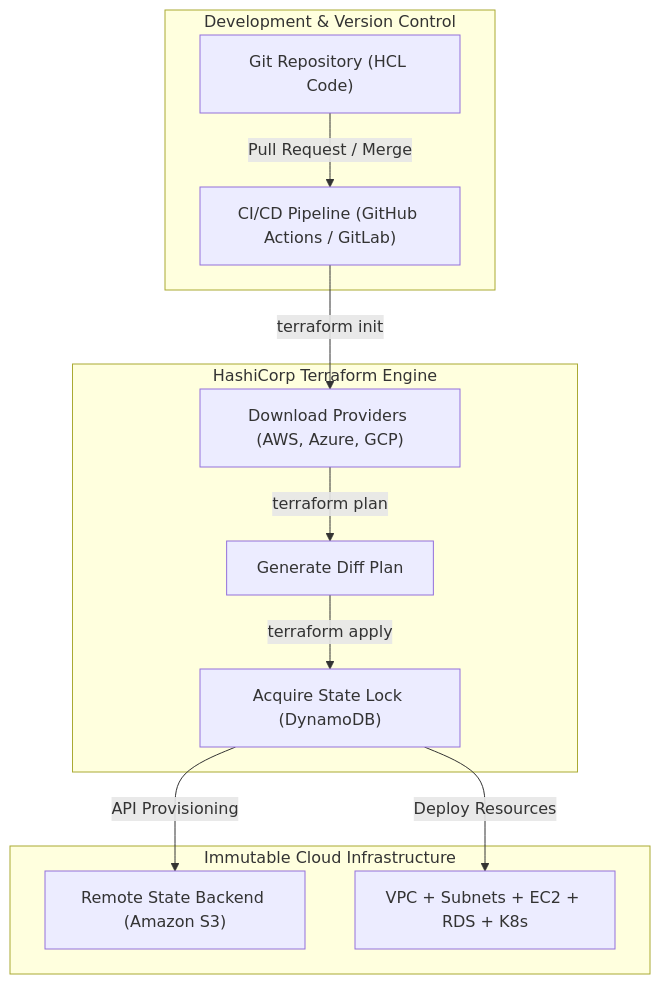
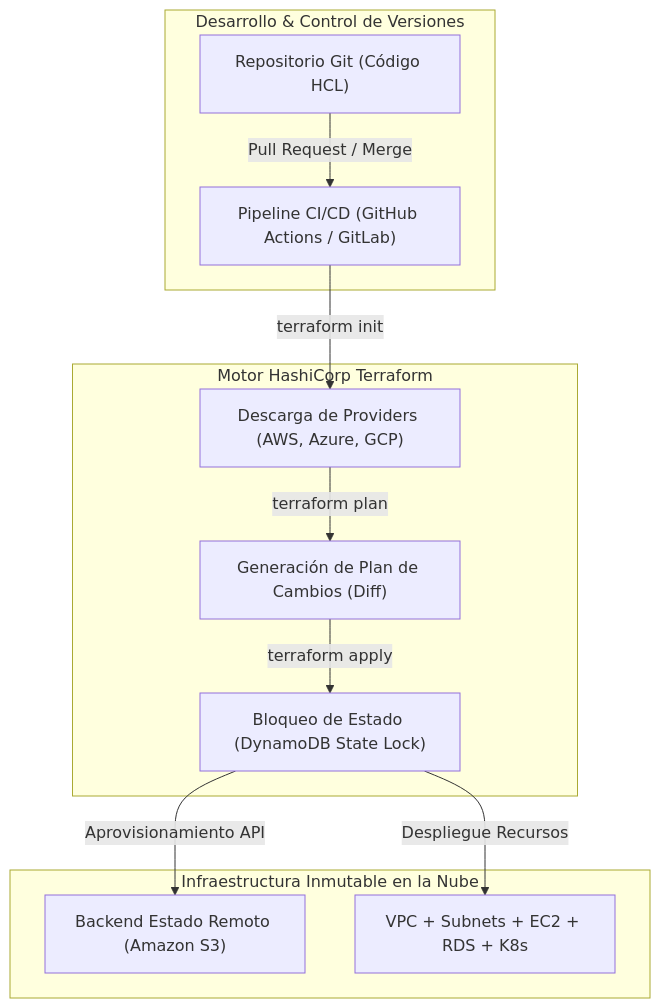
Before and after one commit to gjpierp/nmergeia: the diagram in public/docs/en/tema_04_iac_terraform.md, drawn with Mermaid. The commit also changed other lines of this file and 230 other files, not shown here.

````diff
--- a/public/docs/en/tema_04_iac_terraform.md
+++ b/public/docs/en/tema_04_iac_terraform.md
@@ -11,17 +11,17 @@
 ```mermaid
 flowchart TD
-subgraph sub_1 ["Development & Version Control"]
-Git["Git Repository (HCL Code)"] -->|Pull Request / Merge| CI["CI/CD Pipeline (GitHub Actions / GitLab)"]
+subgraph sub_1 ["Desarrollo & Control de Versiones"]
+Git["Repositorio Git (Código HCL)"] -->|Pull Request / Merge| CI["Pipeline CI/CD (GitHub Actions / GitLab)"]
 end
 
-subgraph sub_2 ["HashiCorp Terraform Engine"]
-CI -->|terraform init| Init["Download Providers (AWS, Azure, GCP)"]
-Init -->|terraform plan| Plan["Generate Diff Plan"]
-Plan -->|terraform apply| Lock["Acquire State Lock (DynamoDB)"]
+subgraph sub_2 ["Motor HashiCorp Terraform"]
+CI -->|terraform init| Init["Descarga de Providers (AWS, Azure, GCP)"]
+Init -->|terraform plan| Plan["Generación de Plan de Cambios (Diff)"]
+Plan -->|terraform apply| Lock["Bloqueo de Estado (DynamoDB State Lock)"]
 end
 
-subgraph sub_3 ["Immutable Cloud Infrastructure"]
-Lock -->|API Provisioning| S3["Remote State Backend (Amazon S3)"]
-Lock -->|Deploy Resources| Infra["VPC + Subnets + EC2 + RDS + K8s"]
+subgraph sub_3 ["Infraestructura Inmutable en la Nube"]
+Lock -->|Aprovisionamiento API| S3["Backend Estado Remoto (Amazon S3)"]
+Lock -->|Despliegue Recursos| Infra["VPC + Subnets + EC2 + RDS + K8s"]
 end
 ```
````
